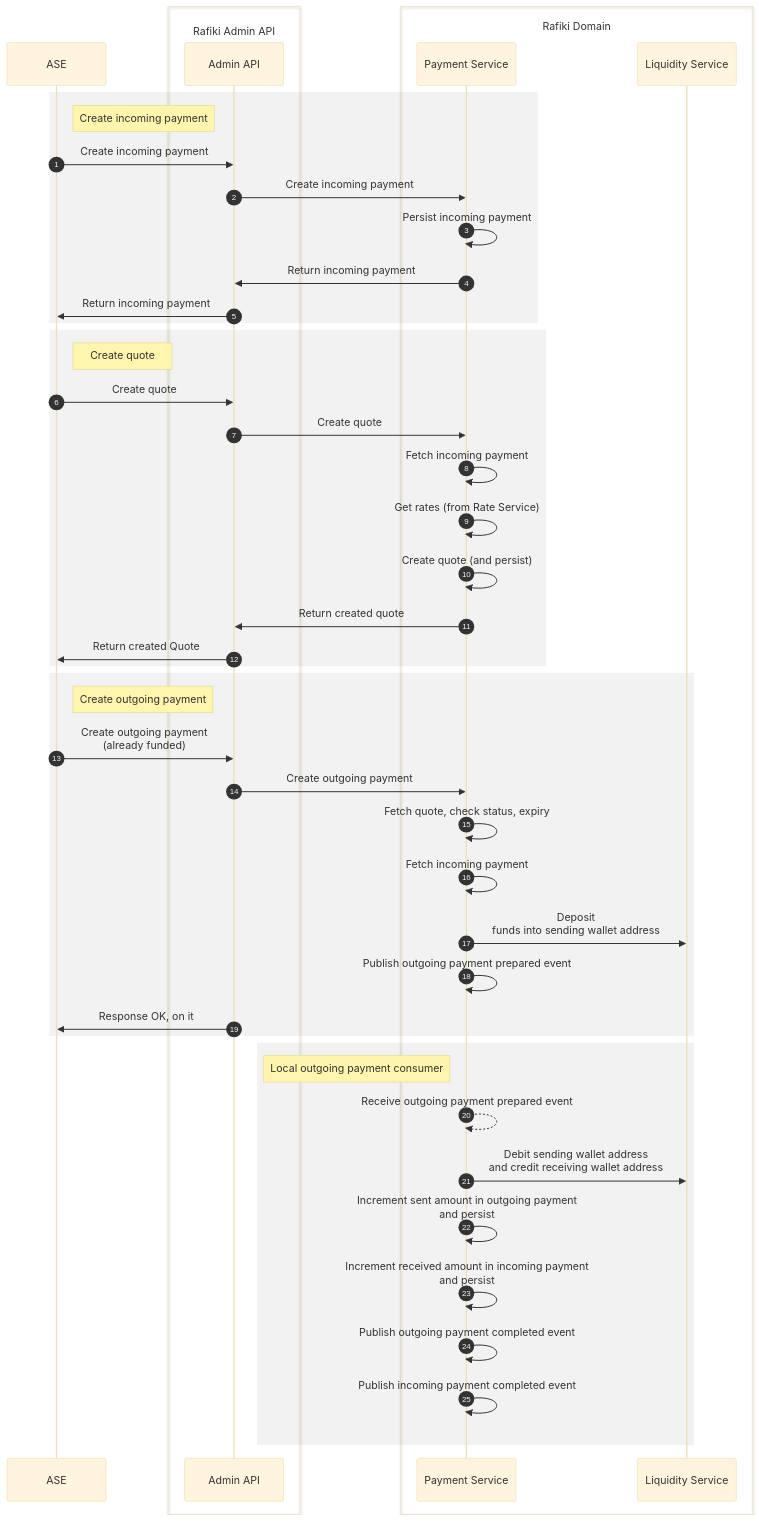
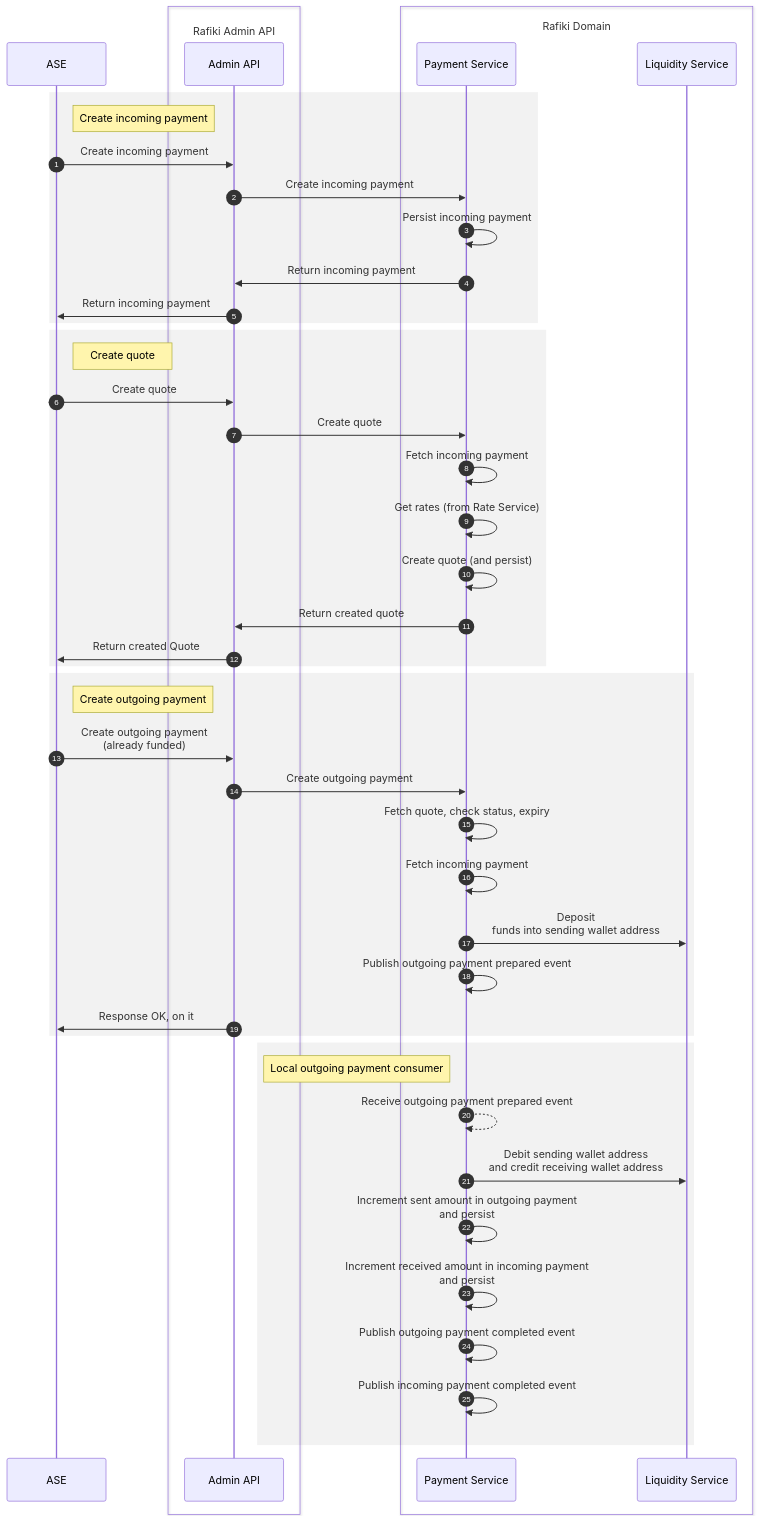
The first of 2 diagrams in README.md (JayPokale/rhyza), drawn with Mermaid before and after one commit. The commit also changed other lines of this file and 164 other files, not shown here.

````diff
--- a/README.md
+++ b/README.md
@@ -91,60 +91,60 @@
 ```mermaid
 ---
 config:
-  theme: base
+  theme:
 ---
 sequenceDiagram
     autonumber
     participant ASE as ASE
-    
+
     box <br>Rafiki Admin API
     participant GQL as Admin API
     end
 
     box Rafiki Domain
     participant PS as Payment Service
     participant LS as Liquidity Service
     end
 
     rect rgba(0, 0, 0, .05)
     note right of ASE: Create incoming payment
     ASE->>GQL: Create incoming payment
-    GQL->>PS: Create incoming payment 
+    GQL->>PS: Create incoming payment
     PS->>PS: Persist incoming payment
     PS->>GQL: Return incoming payment
     GQL->>ASE: Return incoming payment
     end
 
     rect rgba(0, 0, 0, .05)
     note right of ASE: Create quote
-    ASE->>GQL: Create quote 
-    GQL->>PS: Create quote 
+    ASE->>GQL: Create quote
+    GQL->>PS: Create quote
     PS->>PS: Fetch incoming payment
     PS->>PS: Get rates (from Rate Service)
     PS->>PS: Create quote (and persist)
     PS->>GQL: Return created quote
     GQL->>ASE: Return created Quote
     end
 
     rect rgba(0, 0, 0, .05)
     note right of ASE: Create outgoing payment
     ASE->>GQL: Create outgoing payment <br>(already funded)
     GQL->>PS: Create outgoing payment
     PS->>PS: Fetch quote, check status, expiry
     PS->>PS: Fetch incoming payment
     PS->>LS: Deposit <br>funds into sending wallet address
     PS->>PS: Publish outgoing payment prepared event
     GQL->>ASE: Response OK, on it
     end
 
     rect rgba(0, 0, 0, .05)
     note left of PS: Local outgoing payment consumer
     PS-->>PS: Receive outgoing payment prepared event
     PS->>LS: Debit sending wallet address <br>and credit receiving wallet address
     PS->>PS: Increment sent amount in outgoing payment<br>and persist
     PS->>PS: Increment received amount in incoming payment<br>and persist
     PS->>PS: Publish outgoing payment completed event
     PS->>PS: Publish incoming payment completed event
 
     end
 ```
````
